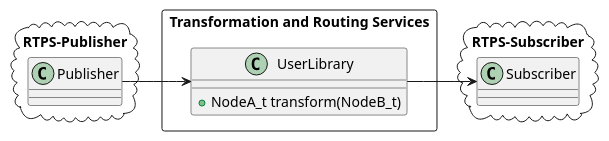
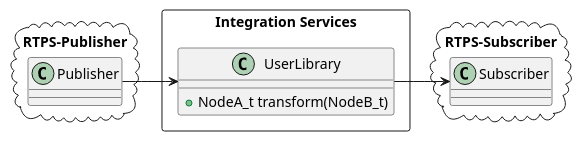
The first of 2 diagrams in README.md (eProsima/Integration-Service-Deprecated), drawn with PlantUML before and after one commit. The commit also changed other lines of this file and 14 other files, not shown here.

Commit message:
Transformation and Routing Services -> Integration Services

````diff
--- a/README.md
+++ b/README.md
@@ -101,23 +101,23 @@
 ```plantuml
 @startuml
 
 package "RTPS-Publisher" <<Cloud>> {
     class Publisher
 }
 
-package "Transformation and Routing Services" <<Rectangle>> {
+package "Integration Services" <<Rectangle>> {
     class UserLibrary {
         +NodeA_t transform(NodeB_t)
     }
 }
 
 Publisher -right-> UserLibrary
 
 package "RTPS-Subscriber" <<Cloud>> {
     class Subscriber
 }
 
 UserLibrary -left-> Subscriber
 
 @enduml
 ```
````
